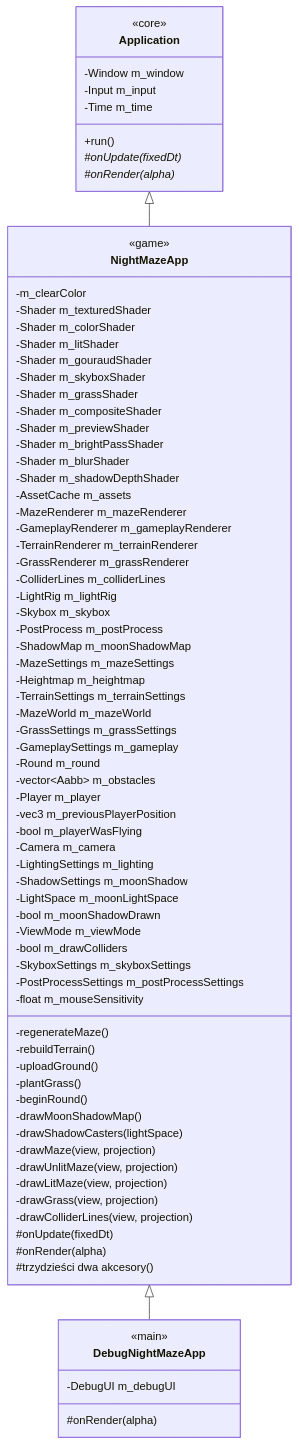
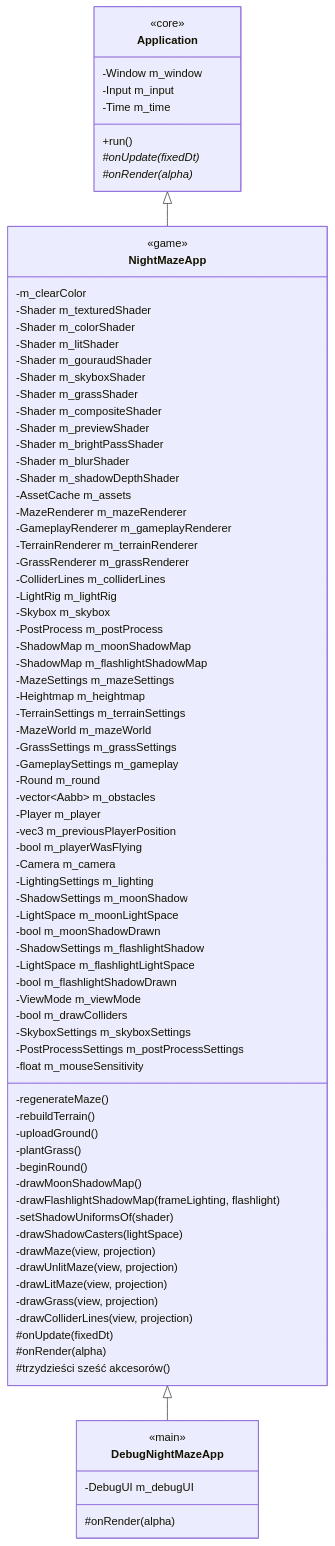
One commit to Shironex/night-maze changed the third of 3 diagrams in docs/modules/core/README.md. Above: the diagram before and after it, drawn with Mermaid. The commit also changed other lines of this file and 68 other files, not shown here.

Commit message:
feat(game): cast flashlight shadows from the hand with a perspective shadow map

```diff
--- a/docs/modules/core/README.md
+++ b/docs/modules/core/README.md
@@ -1298,6 +1301,7 @@
         -Skybox m_skybox
         -PostProcess m_postProcess
         -ShadowMap m_moonShadowMap
+        -ShadowMap m_flashlightShadowMap
         -MazeSettings m_mazeSettings
         -Heightmap m_heightmap
         -TerrainSettings m_terrainSettings
@@ -1314,6 +1318,9 @@
         -ShadowSettings m_moonShadow
         -LightSpace m_moonLightSpace
         -bool m_moonShadowDrawn
+        -ShadowSettings m_flashlightShadow
+        -LightSpace m_flashlightLightSpace
+        -bool m_flashlightShadowDrawn
         -ViewMode m_viewMode
         -bool m_drawColliders
         -SkyboxSettings m_skyboxSettings
@@ -1325,6 +1332,8 @@
         -plantGrass()
         -beginRound()
         -drawMoonShadowMap()
+        -drawFlashlightShadowMap(frameLighting, flashlight)
+        -setShadowUniformsOf(shader)
         -drawShadowCasters(lightSpace)
         -drawMaze(view, projection)
         -drawUnlitMaze(view, projection)
@@ -1333,7 +1342,7 @@
         -drawColliderLines(view, projection)
         #onUpdate(fixedDt)
         #onRender(alpha)
-        #trzydzieści dwa akcesory()
+        #trzydzieści sześć akcesorów()
     }
     class DebugNightMazeApp {
         <<main>>
```
